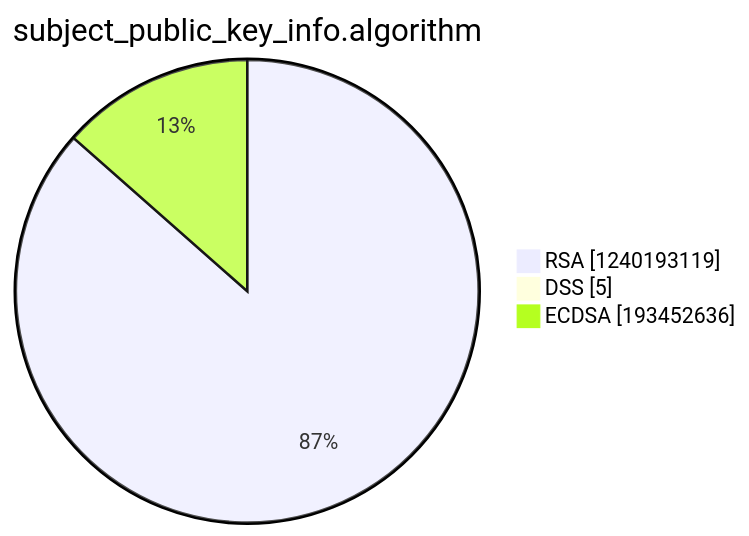
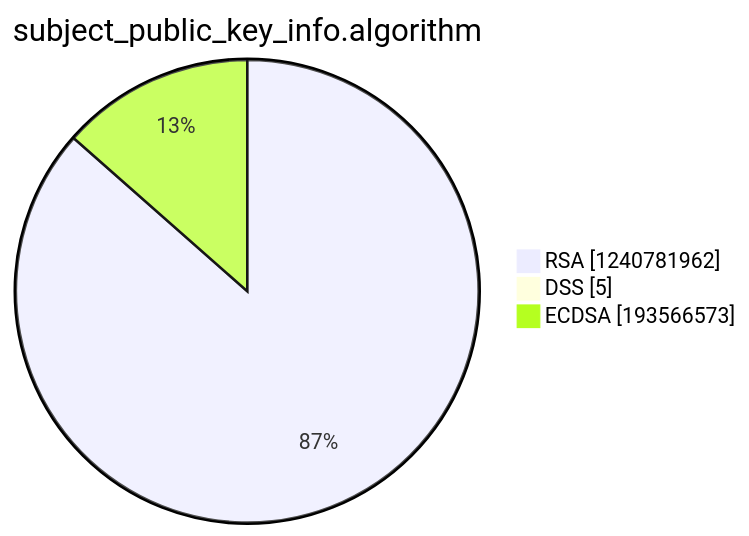
Before and after one commit to christiankrug/ctmonitor_visualization: the third of 15 diagrams in argon2022/README.md, drawn with Mermaid. The commit also changed other lines of this file, not shown here.

````diff
--- a/argon2022/README.md
+++ b/argon2022/README.md
@@ -14,7 +14,7 @@
 ```mermaid
 pie showData
 title subject_public_key_info.algorithm
-"RSA" :1240193119
+"RSA" :1240781962
 "DSS" :5
-"ECDSA" :193452636
+"ECDSA" :193566573
 ```
````
